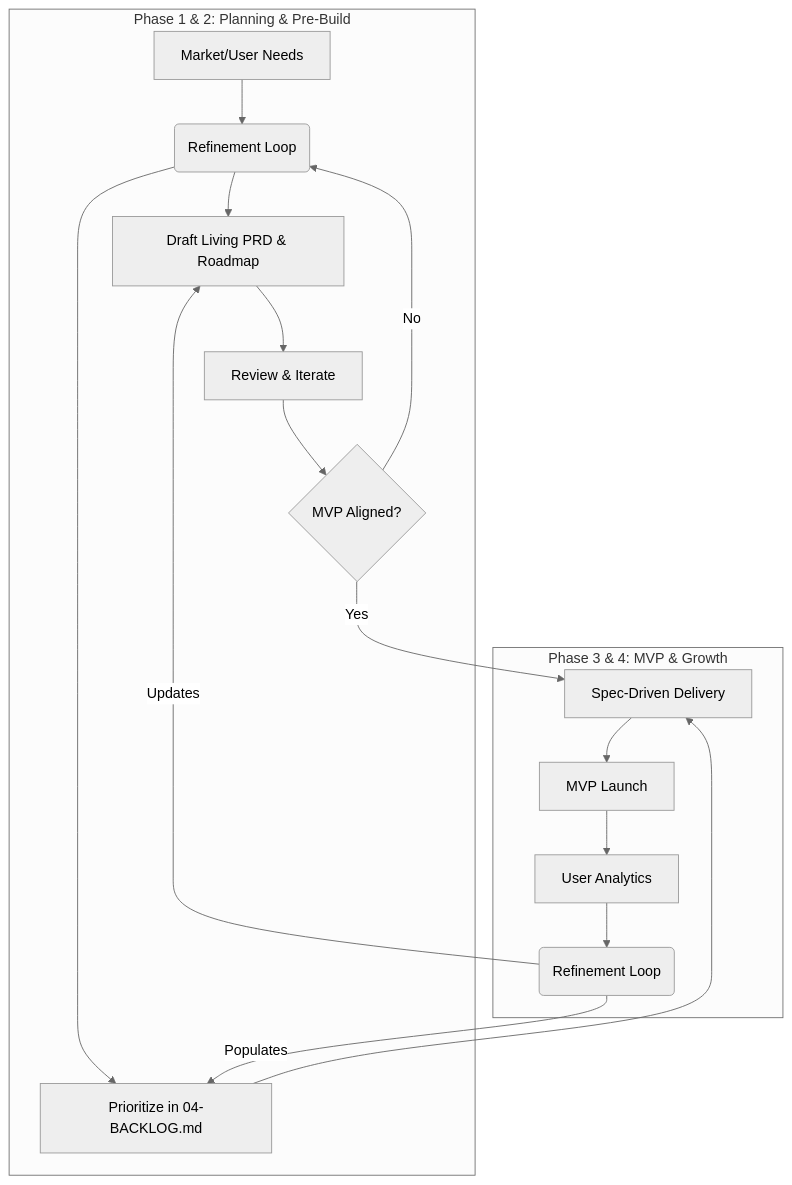
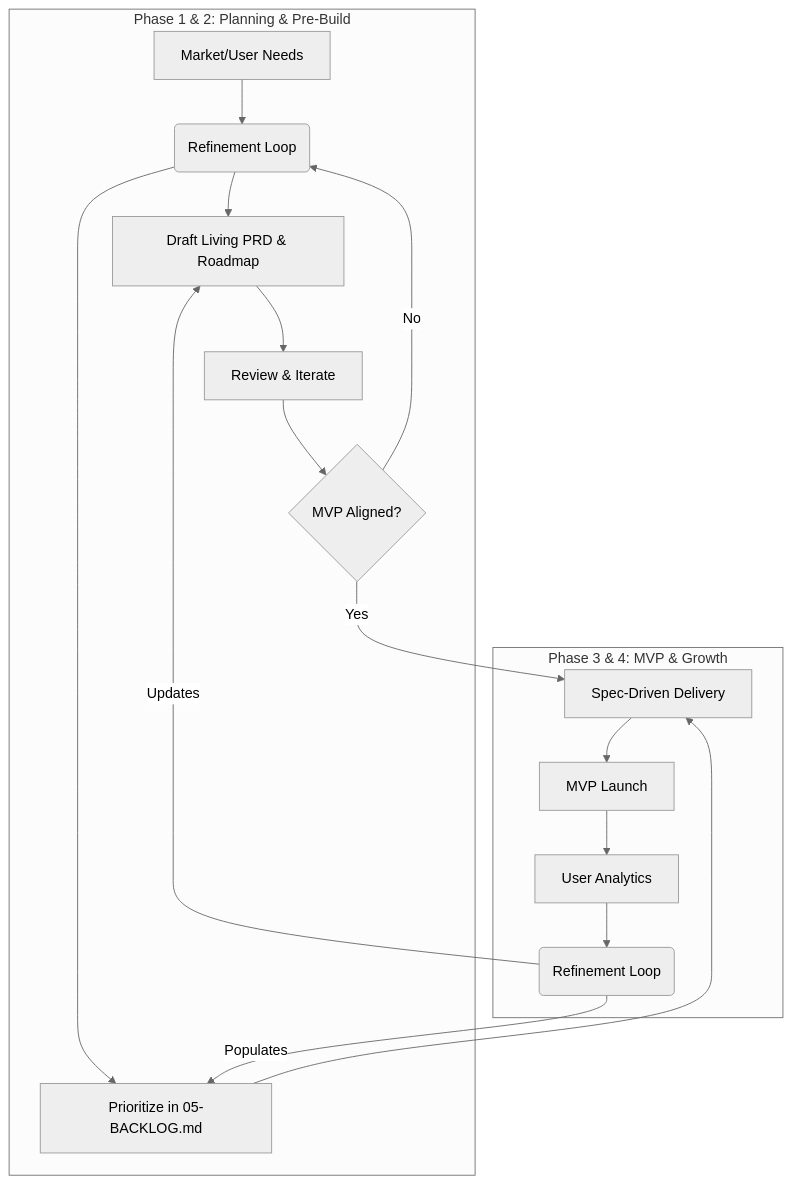
The diagram in .021-updates/pm-workflow-audit.md (billdingwall/zero-two-one), drawn with Mermaid (neutral theme) before and after one commit. The commit also changed other lines of this file and 31 other files, not shown here.

````diff
--- a/.021-updates/pm-workflow-audit.md
+++ b/.021-updates/pm-workflow-audit.md
@@ -21,21 +21,21 @@
 ```mermaid
 flowchart TD
     subgraph Phase 1 & 2: Planning & Pre-Build
         A[Market/User Needs] --> B(Refinement Loop)
         B --> C[Draft Living PRD & Roadmap]
-        B --> K[Prioritize in 04-BACKLOG.md]
+        B --> K[Prioritize in 05-BACKLOG.md]
         C --> D[Review & Iterate]
         D --> E{MVP Aligned?}
         E -- No --> B
     end
     
     subgraph Phase 3 & 4: MVP & Growth
         E -- Yes --> F[Spec-Driven Delivery]
         F --> G[MVP Launch]
         G --> H[User Analytics]
         H --> I(Refinement Loop)
         I -->|Updates| C
         I -->|Populates| K
         K --> F
     end
 ```
````
